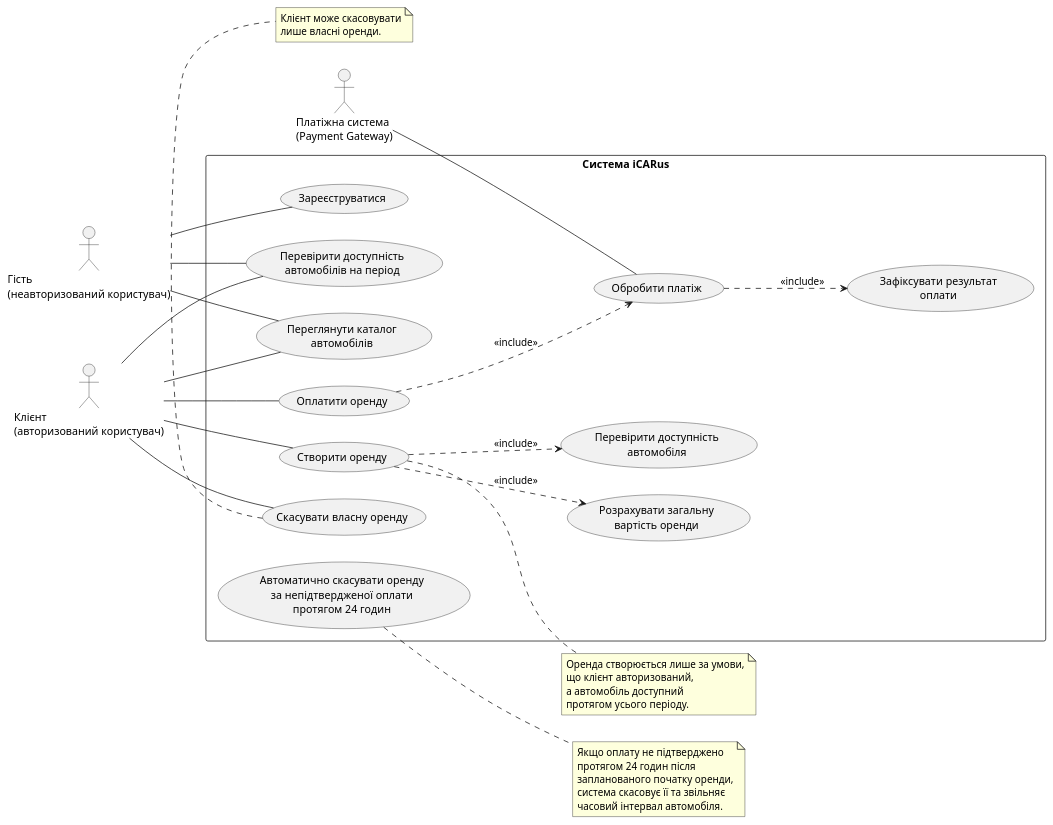
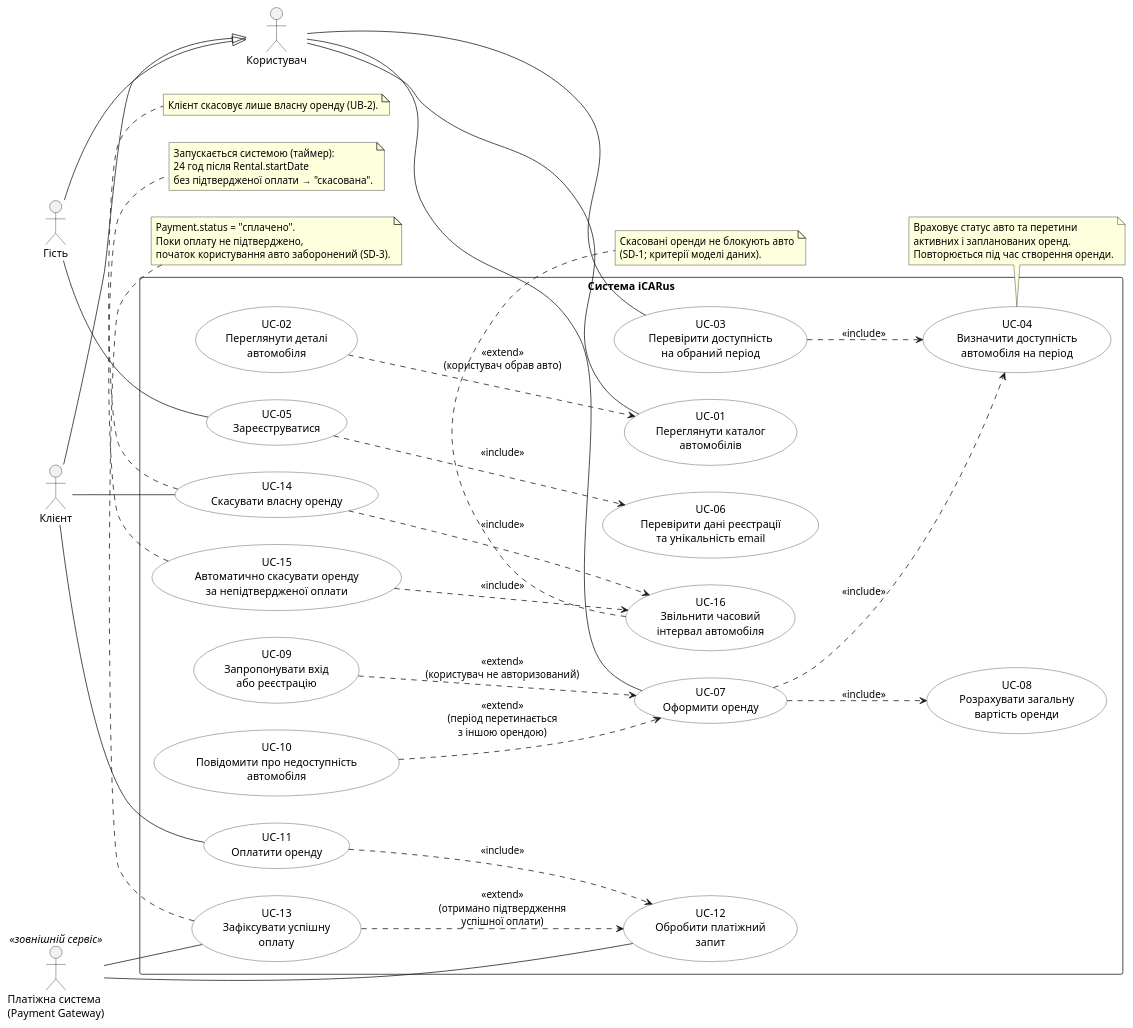
The diagram in Lab2/usecase.puml (NICkBril/2KPI_labs), drawn with PlantUML before and after one commit.

Commit message:
refine use case diagram against spec

```diff
--- a/Lab2/usecase.puml
+++ b/Lab2/usecase.puml
@@ -1,66 +1,97 @@
 @startuml
 left to right direction
 
 skinparam packageStyle rectangle
 skinparam shadowing false
+skinparam actorStyle stickman
+skinparam usecase {
+  BackgroundColor #FFFFFF
+  BorderColor #333333
+}
 
-actor "Гість\n(неавторизований користувач)" as Guest
-actor "Клієнт\n(авторизований користувач)" as Customer
-actor "Платіжна система\n(Payment Gateway)" as Gateway
+actor "Користувач" as User
+actor "Гість" as Guest
+actor "Клієнт" as Customer
+actor "Платіжна система\n(Payment Gateway)" as Gateway <<зовнішній сервіс>>
+
+Guest --|> User
+Customer --|> User
 
 rectangle "Система iCARus" {
 
-    usecase "Переглянути каталог\nавтомобілів" as UC1
-    usecase "Перевірити доступність\nавтомобілів на період" as UC2
-    usecase "Зареєструватися" as UC3
+    usecase "UC-01\nПереглянути каталог\nавтомобілів" as UC_Catalog
+    usecase "UC-02\nПереглянути деталі\nавтомобіля" as UC_Details
+    usecase "UC-03\nПеревірити доступність\nна обраний період" as UC_Availability
+    usecase "UC-04\nВизначити доступність\nавтомобіля на період" as UC_Check
 
-    usecase "Створити оренду" as UC4
-    usecase "Перевірити доступність\nавтомобіля" as UC5
-    usecase "Розрахувати загальну\nвартість оренди" as UC6
+    usecase "UC-05\nЗареєструватися" as UC_Register
+    usecase "UC-06\nПеревірити дані реєстрації\nта унікальність email" as UC_Validate
 
-    usecase "Оплатити оренду" as UC7
-    usecase "Обробити платіж" as UC8
-    usecase "Зафіксувати результат\nоплати" as UC9
+    usecase "UC-07\nОформити оренду" as UC_Create
+    usecase "UC-08\nРозрахувати загальну\nвартість оренди" as UC_Price
+    usecase "UC-09\nЗапропонувати вхід\nабо реєстрацію" as UC_AuthRequired
+    usecase "UC-10\nПовідомити про недоступність\nавтомобіля" as UC_Conflict
 
-    usecase "Скасувати власну оренду" as UC10
-    usecase "Автоматично скасувати оренду\nза непідтвердженої оплати\nпротягом 24 годин" as UC11
+    usecase "UC-11\nОплатити оренду" as UC_Pay
+    usecase "UC-12\nОбробити платіжний\nзапит" as UC_ProcessPayment
+    usecase "UC-13\nЗафіксувати успішну\nоплату" as UC_Confirm
+
+    usecase "UC-14\nСкасувати власну оренду" as UC_Cancel
+
+    usecase "UC-15\nАвтоматично скасувати оренду\nза непідтвердженої оплати" as UC_AutoCancel
+    usecase "UC-16\nЗвільнити часовий\nінтервал автомобіля" as UC_Release
 }
 
-Guest -- UC1
-Guest -- UC2
-Guest -- UC3
+' --- Асоціації акторів ---
+User -- UC_Catalog
+User -- UC_Availability
+User -- UC_Create
+Guest -- UC_Register
+Customer -- UC_Pay
+Customer -- UC_Cancel
+Gateway -- UC_ProcessPayment
+Gateway -- UC_Confirm
 
-Customer -- UC1
-Customer -- UC2
-Customer -- UC4
-Customer -- UC7
-Customer -- UC10
+' --- include (обов'язкова поведінка) ---
+UC_Register ..> UC_Validate : <<include>>
+UC_Availability ..> UC_Check : <<include>>
+UC_Create ..> UC_Check : <<include>>
+UC_Create ..> UC_Price : <<include>>
+UC_Pay ..> UC_ProcessPayment : <<include>>
+UC_Cancel ..> UC_Release : <<include>>
+UC_AutoCancel ..> UC_Release : <<include>>
 
-Gateway -- UC8
+' --- extend (умовна поведінка) ---
+UC_Details ..> UC_Catalog : <<extend>>\n(користувач обрав авто)
+UC_AuthRequired ..> UC_Create : <<extend>>\n(користувач не авторизований)
+UC_Conflict ..> UC_Create : <<extend>>\n(період перетинається\nз іншою орендою)
+UC_Confirm ..> UC_ProcessPayment : <<extend>>\n(отримано підтвердження\nуспішної оплати)
 
-UC4 ..> UC5 : <<include>>
-UC4 ..> UC6 : <<include>>
-UC7 ..> UC8 : <<include>>
-UC8 ..> UC9 : <<include>>
-
-note right of UC4
-  Оренда створюється лише за умови,
-  що клієнт авторизований,
-  а автомобіль доступний
-  протягом усього періоду.
+note bottom of UC_Check
+  Враховує статус авто та перетини
+  активних і запланованих оренд.
+  Повторюється під час створення оренди.
 end note
 
-note right of UC11
-  Якщо оплату не підтверджено
-  протягом 24 годин після
-  запланованого початку оренди,
-  система скасовує її та звільняє
-  часовий інтервал автомобіля.
+note bottom of UC_Confirm
+  Payment.status = "сплачено".
+  Поки оплату не підтверджено,
+  початок користування авто заборонений (SD-3).
 end note
 
-note bottom of UC10
-  Клієнт може скасовувати
-  лише власні оренди.
+note bottom of UC_AutoCancel
+  Запускається системою (таймер):
+  24 год після Rental.startDate
+  без підтвердженої оплати → "скасована".
+end note
+
+note bottom of UC_Release
+  Скасовані оренди не блокують авто
+  (SD-1; критерії моделі даних).
+end note
+
+note bottom of UC_Cancel
+  Клієнт скасовує лише власну оренду (UB-2).
 end note
 
 @enduml
```
